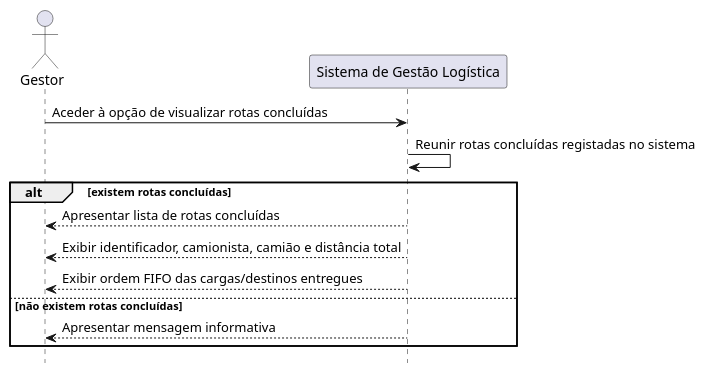
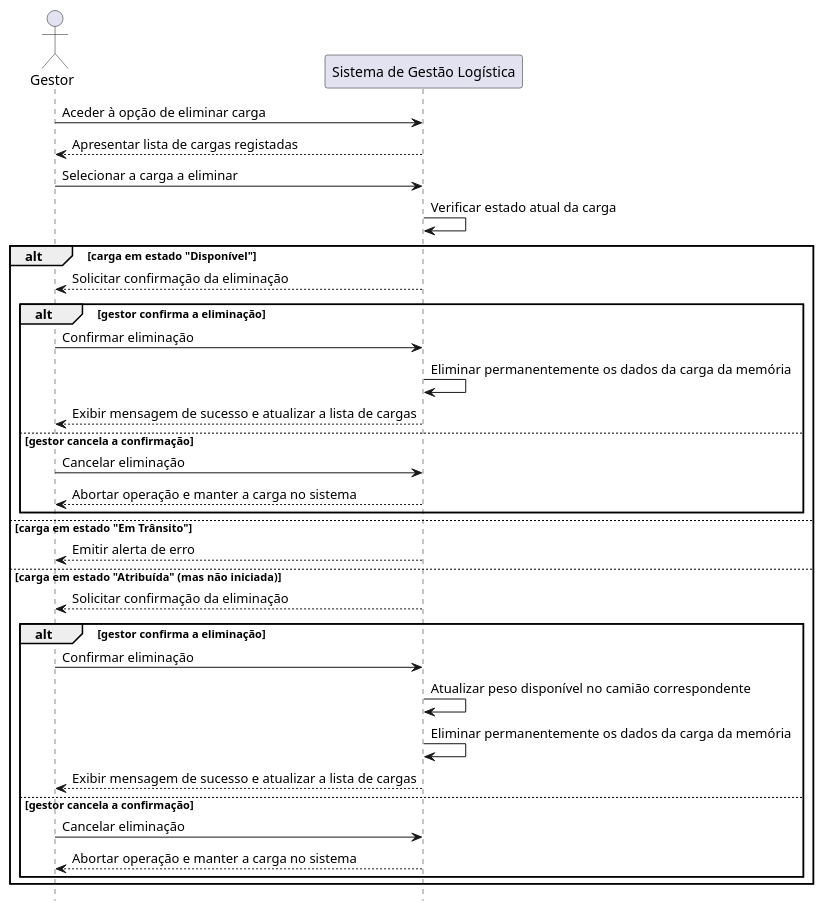
The diagram in Documentation/Iteration01/Diagrams/ssd7 gestor.puml (1250717/-fsoft2026_1DB_4), drawn with PlantUML before and after one commit. The commit also changed 2 other files, not shown here.

```diff
--- a/Documentation/Iteration01/Diagrams/ssd7 gestor.puml
+++ b/Documentation/Iteration01/Diagrams/ssd7 gestor.puml
@@ -1,18 +1,42 @@
 @startuml
 hide footbox
 
 actor Gestor
 participant "Sistema de Gestão Logística" as Sistema
 
-Gestor -> Sistema: Aceder à opção de visualizar rotas concluídas
-Sistema -> Sistema: Reunir rotas concluídas registadas no sistema
+Gestor -> Sistema: Aceder à opção de eliminar carga
+Sistema --> Gestor: Apresentar lista de cargas registadas
+Gestor -> Sistema: Selecionar a carga a eliminar
 
-alt existem rotas concluídas
-    Sistema --> Gestor: Apresentar lista de rotas concluídas
-    Sistema --> Gestor: Exibir identificador, camionista, camião e distância total
-    Sistema --> Gestor: Exibir ordem FIFO das cargas/destinos entregues
-else não existem rotas concluídas
-    Sistema --> Gestor: Apresentar mensagem informativa
+Sistema -> Sistema: Verificar estado atual da carga
+
+alt carga em estado "Disponível"
+    Sistema --> Gestor: Solicitar confirmação da eliminação
+
+    alt gestor confirma a eliminação
+        Gestor -> Sistema: Confirmar eliminação
+        Sistema -> Sistema: Eliminar permanentemente os dados da carga da memória
+        Sistema --> Gestor: Exibir mensagem de sucesso e atualizar a lista de cargas
+    else gestor cancela a confirmação
+        Gestor -> Sistema: Cancelar eliminação
+        Sistema --> Gestor: Abortar operação e manter a carga no sistema
+    end
+
+else carga em estado "Em Trânsito"
+    Sistema --> Gestor: Emitir alerta de erro
+
+else carga em estado "Atribuída" (mas não iniciada)
+    Sistema --> Gestor: Solicitar confirmação da eliminação
+
+    alt gestor confirma a eliminação
+        Gestor -> Sistema: Confirmar eliminação
+        Sistema -> Sistema: Atualizar peso disponível no camião correspondente
+        Sistema -> Sistema: Eliminar permanentemente os dados da carga da memória
+        Sistema --> Gestor: Exibir mensagem de sucesso e atualizar a lista de cargas
+    else gestor cancela a confirmação
+        Gestor -> Sistema: Cancelar eliminação
+        Sistema --> Gestor: Abortar operação e manter a carga no sistema
+    end
 end
 
 @enduml
```
